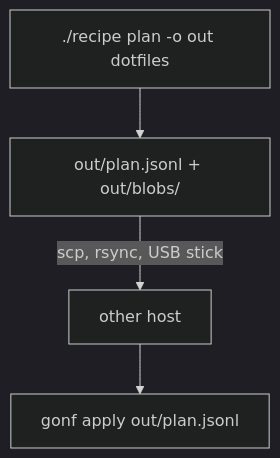
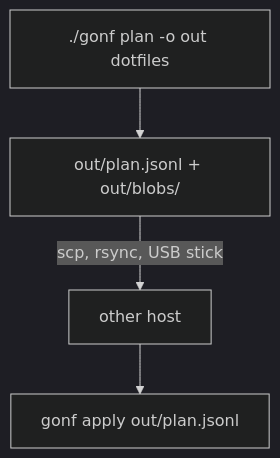
Before and after one commit to snonux/gonf: the diagram in docs/tutorial/img/src/ch11-1.mmd, drawn with Mermaid (dark theme). The commit also changed 23 other files, not shown here.

First line of the commit message:
docs(tutorial): build and run the recipe as ./gonf, not ./recipe (#10)

```diff
--- a/docs/tutorial/img/src/ch11-1.mmd
+++ b/docs/tutorial/img/src/ch11-1.mmd
@@ -1,4 +1,4 @@
 flowchart TB
-    R["./recipe plan -o out dotfiles"] --> O["out/plan.jsonl + out/blobs/"]
+    R["./gonf plan -o out dotfiles"] --> O["out/plan.jsonl + out/blobs/"]
     O -- "scp, rsync, USB stick" --> H["other host"]
     H --> A["gonf apply out/plan.jsonl"]
```
